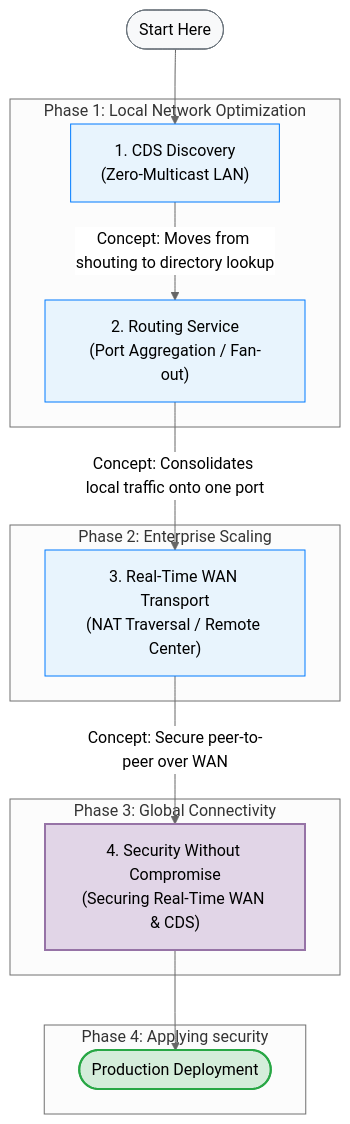
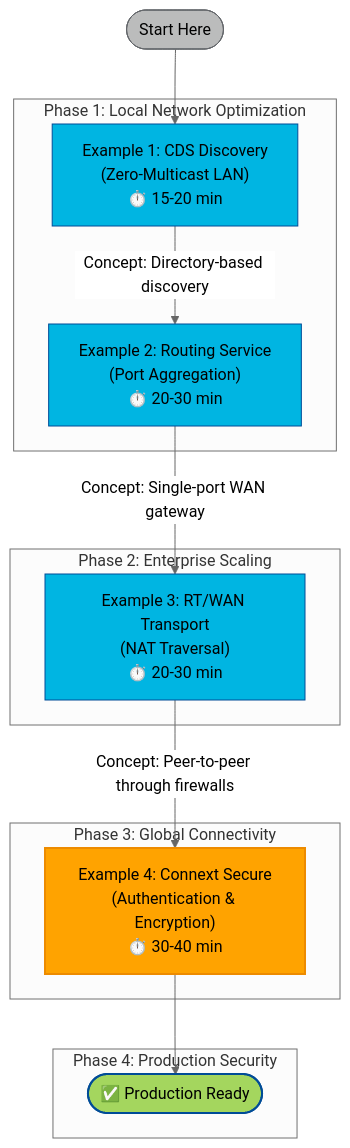
The second of 2 diagrams in examples/README.md (ajmhs/connext_appliance), drawn with Mermaid (neutral theme) before and after one commit. The commit also changed other lines of this file and 8 other files, not shown here.

````diff
--- a/examples/README.md
+++ b/examples/README.md
@@ -35,31 +81,31 @@
 ```mermaid
 graph TD
     Start([Start Here]) --> Ex1
     
     subgraph "Phase 1: Local Network Optimization"
-        Ex1["1. CDS Discovery<br>(Zero-Multicast LAN)"] 
-        -->|Concept: Moves from shouting to directory lookup| Ex2
+        Ex1["Example 1: CDS Discovery<br>(Zero-Multicast LAN)<br>⏱️ 15-20 min"] 
+        -->|Concept: Directory-based discovery| Ex2
     end
 
     subgraph "Phase 2: Enterprise Scaling"
-        Ex2["2. Routing Service<br>(Port Aggregation / Fan-out)"] 
-        -->|Concept: Consolidates local traffic onto one port| Ex3
+        Ex2["Example 2: Routing Service<br>(Port Aggregation)<br>⏱️ 20-30 min"] 
+        -->|Concept: Single-port WAN gateway| Ex3
     end
 
     subgraph "Phase 3: Global Connectivity"
-        Ex3["3. Real-Time WAN Transport<br>(NAT Traversal / Remote Center)"]
-        -->|Concept: Secure peer-to-peer over WAN| Ex4
+        Ex3["Example 3: RT/WAN Transport<br>(NAT Traversal)<br>⏱️ 20-30 min"]
+        -->|Concept: Peer-to-peer through firewalls| Ex4
     end
 
-    subgraph "Phase 4: Applying security"
-        Ex4["4. Security Without Compromise<br>(Securing Real-Time WAN & CDS)"]
-        --> End([Production Deployment])
+    subgraph "Phase 4: Production Security"
+        Ex4["Example 4: Connext Secure<br>(Authentication & Encryption)<br>⏱️ 30-40 min"]
+        --> End([✅ Production Ready])
     end
 
-    style Start fill:#f8f9fa,stroke:#6c757d
-    style End fill:#d4edda,stroke:#28a745,stroke-width:2px
-    style Ex1 fill:#e8f4fd,stroke:#007bff
-    style Ex2 fill:#e8f4fd,stroke:#007bff
-    style Ex3 fill:#e8f4fd,stroke:#007bff
-    style Ex4 fill:#e1d5e7,stroke:#9673a6,stroke-width:2px
+    style Start fill:#BBBCBC,stroke:#63666A,color:#000
+    style End fill:#A4D65E,stroke:#004C97,stroke-width:2px,color:#000
+    style Ex1 fill:#00B5E2,stroke:#004C97,color:#000
+    style Ex2 fill:#00B5E2,stroke:#004C97,color:#000
+    style Ex3 fill:#00B5E2,stroke:#004C97,color:#000
+    style Ex4 fill:#FFA300,stroke:#ED8B00,stroke-width:2px,color:#000
 ```
````
